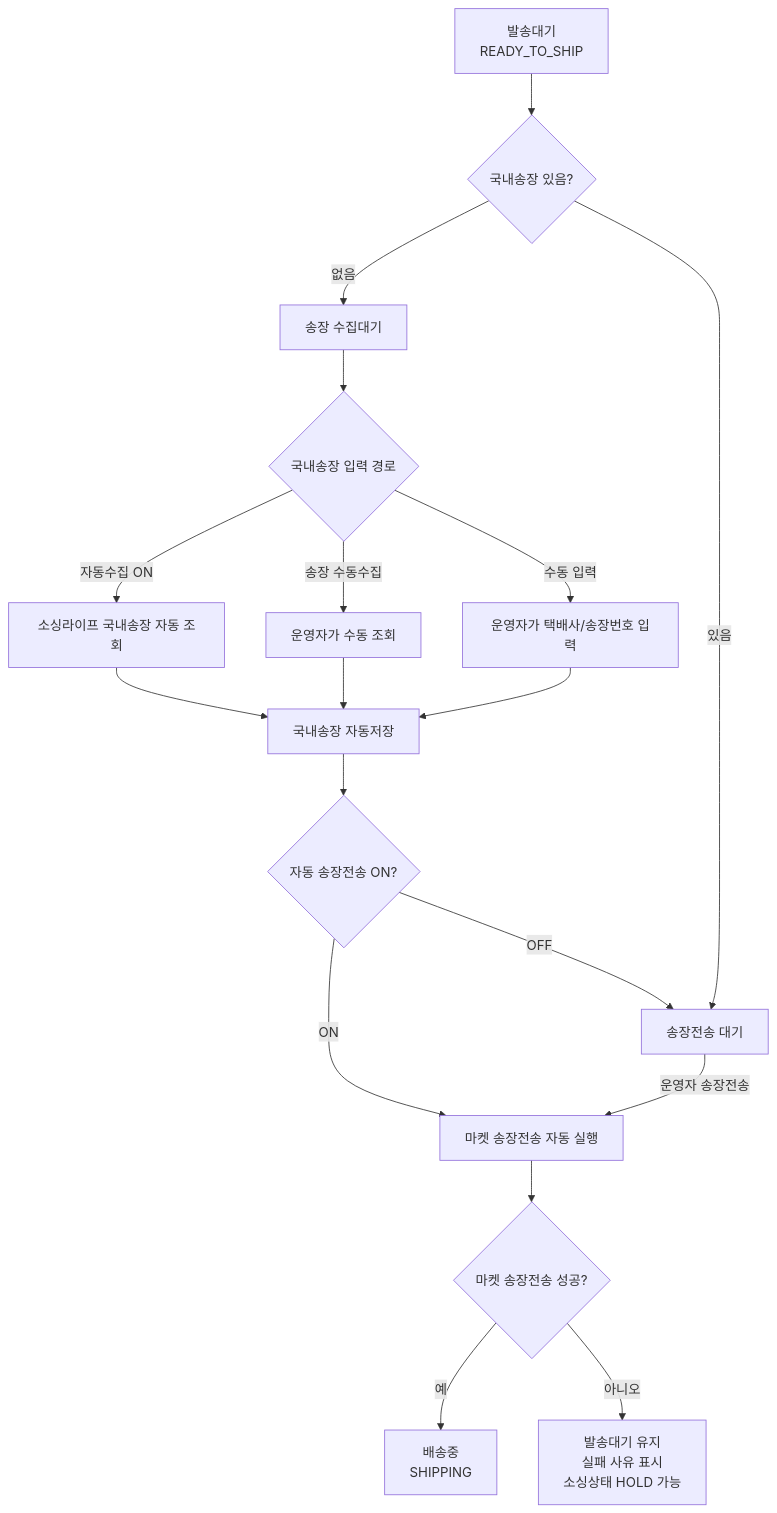
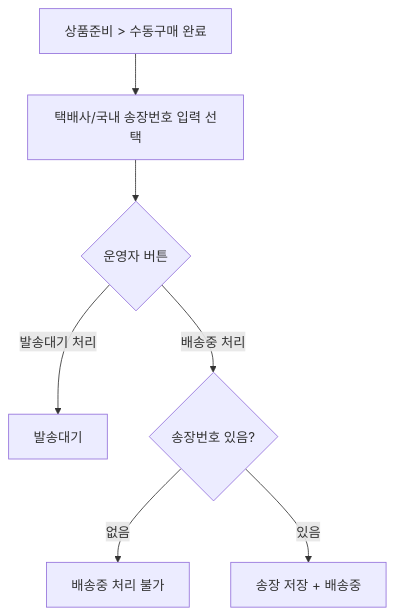
Before and after one commit to moonceo/Jmpp: the fourth of 5 diagrams in docs/08_유저플로우/01_주문처리_유저플로우.md, drawn with Mermaid. The commit also changed other lines of this file and 71 other files, not shown here.

````diff
--- a/docs/08_유저플로우/01_주문처리_유저플로우.md
+++ b/docs/08_유저플로우/01_주문처리_유저플로우.md
@@ -146,24 +82,9 @@
 ```mermaid
 flowchart TD
-    A["발송대기<br/>READY_TO_SHIP"] --> B{"국내송장 있음?"}
-    B -->|"없음"| C["송장 수집대기"]
-    B -->|"있음"| D["송장전송 대기"]
-
-    C --> E{"국내송장 입력 경로"}
-    E -->|"자동수집 ON"| F["소싱라이프 국내송장 자동 조회"]
-    E -->|"송장 수동수집"| G["운영자가 수동 조회"]
-    E -->|"수동 입력"| H["운영자가 택배사/송장번호 입력"]
-
-    F --> I["국내송장 자동저장"]
-    G --> I
-    H --> I
-
-    I --> J{"자동 송장전송 ON?"}
-    J -->|"ON"| K["마켓 송장전송 자동 실행"]
-    J -->|"OFF"| D
-
-    D -->|"운영자 송장전송"| K
-    K --> L{"마켓 송장전송 성공?"}
-    L -->|"예"| M["배송중<br/>SHIPPING"]
-    L -->|"아니오"| N["발송대기 유지<br/>실패 사유 표시<br/>소싱상태 HOLD 가능"]
+    A["상품준비 > 수동구매 완료"] --> B["택배사/국내 송장번호 입력 선택"]
+    B --> C{"운영자 버튼"}
+    C -->|"발송대기 처리"| D["발송대기"]
+    C -->|"배송중 처리"| E{"송장번호 있음?"}
+    E -->|"없음"| F["배송중 처리 불가"]
+    E -->|"있음"| G["송장 저장 + 배송중"]
 ```
````
